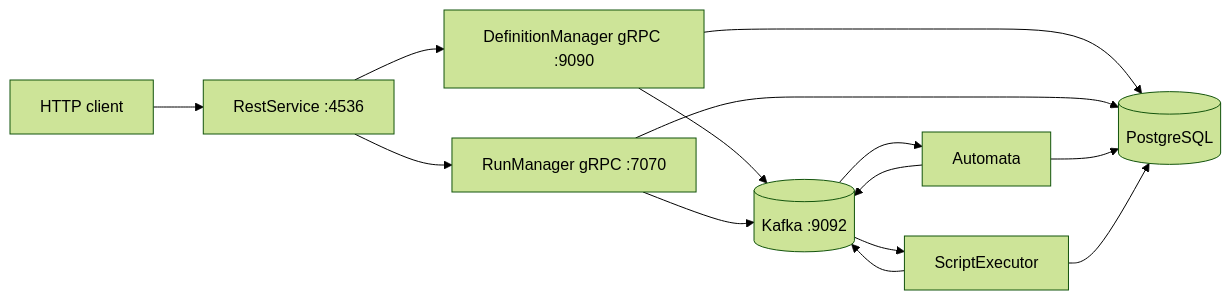
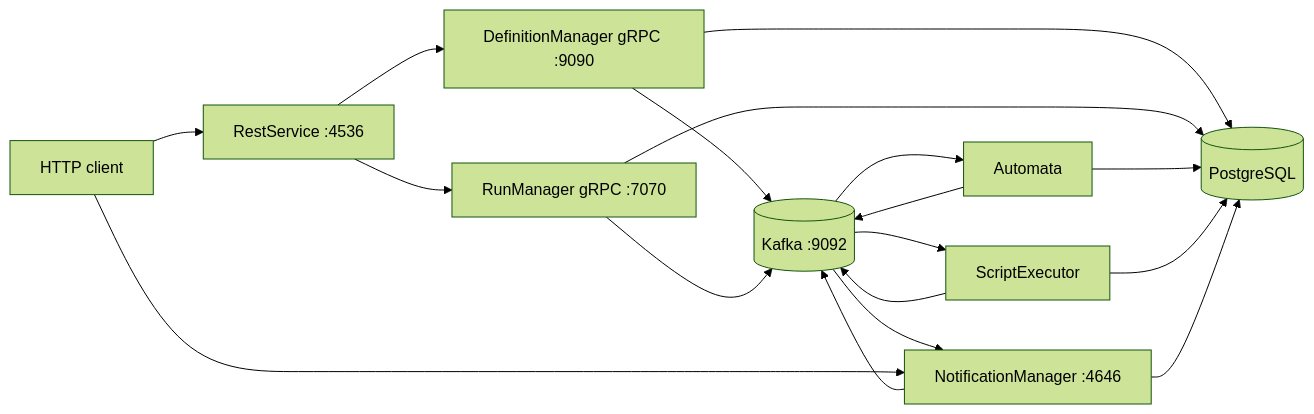
The diagram in README.md (Mokshgnaism/Orka), drawn with Mermaid (forest theme) before and after one commit. The commit also changed other lines of this file, not shown here.

First line of the commit message:
docs: reconstruct Notification Manager documentation

````diff
--- a/README.md
+++ b/README.md
@@ -31,16 +31,20 @@
 ```mermaid
 flowchart LR
     Client[HTTP client] --> REST[RestService :4536]
     REST --> DM[DefinitionManager gRPC :9090]
     REST --> RM[RunManager gRPC :7070]
     DM --> DB[(PostgreSQL)]
     RM --> DB
     DM --> Kafka[(Kafka :9092)]
     RM --> Kafka
     AUTO[Automata] --> DB
     AUTO --> Kafka
     EXEC[ScriptExecutor] --> DB
     EXEC --> Kafka
+    NOTIFY[NotificationManager :4646] --> DB
+    NOTIFY --> Kafka
     Kafka --> AUTO
     Kafka --> EXEC
+    Kafka --> NOTIFY
+    Client --> NOTIFY
 ```
````
